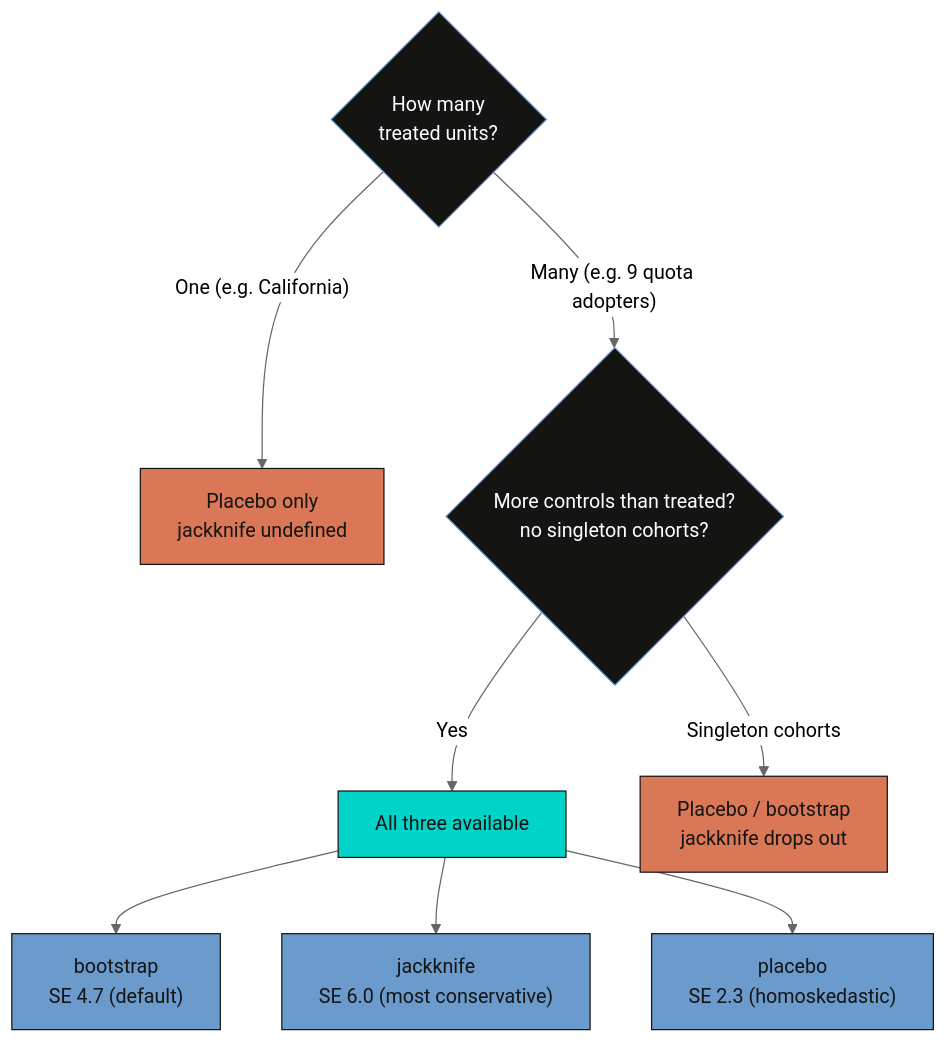
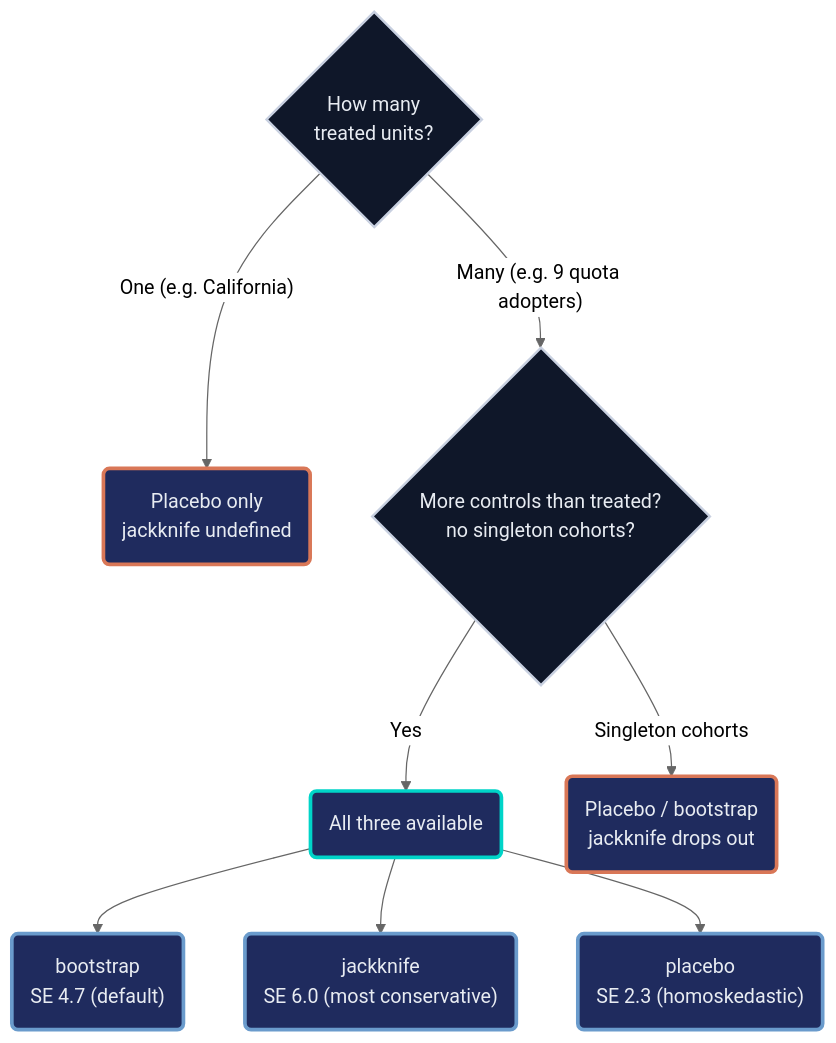
Before and after one commit to cmg777/starter-academic-v501: the third of 3 diagrams in content/post/stata_sdid_staggered/index.md, drawn with Mermaid (neutral theme). The commit also changed other lines of this file and 10 other files, not shown here.

First line of the commit message:
content(mermaid): restyle flowcharts in Stata posts (batch 2 of 2) and the EM publication (EN/ES/JA); add log

````diff
--- a/content/post/stata_sdid_staggered/index.md
+++ b/content/post/stata_sdid_staggered/index.md
@@ -507,21 +505,21 @@
 ```mermaid
 graph TD
     Q1{"How many<br/>treated units?"}
-    Q1 -->|"One (e.g. California)"| PL1["Placebo only<br/>jackknife undefined"]
+    Q1 -->|"One (e.g. California)"| PL1("Placebo only<br/>jackknife undefined")
     Q1 -->|"Many (e.g. 9 quota adopters)"| Q2{"More controls than treated?<br/>no singleton cohorts?"}
-    Q2 -->|"Yes"| ALL["All three available"]
-    Q2 -->|"Singleton cohorts"| PL2["Placebo / bootstrap<br/>jackknife drops out"]
-    ALL --> BOOT["bootstrap<br/>SE 4.7 (default)"]
-    ALL --> JACK["jackknife<br/>SE 6.0 (most conservative)"]
-    ALL --> PLAC["placebo<br/>SE 2.3 (homoskedastic)"]
-    classDef sty_Q1 fill:#141413,stroke:#6a9bcc,color:#fff
+    Q2 -->|"Yes"| ALL("All three available")
+    Q2 -->|"Singleton cohorts"| PL2("Placebo / bootstrap<br/>jackknife drops out")
+    ALL --> BOOT("bootstrap<br/>SE 4.7 (default)")
+    ALL --> JACK("jackknife<br/>SE 6.0 (most conservative)")
+    ALL --> PLAC("placebo<br/>SE 2.3 (homoskedastic)")
+    classDef sty_Q1 fill:#0f1729,stroke:#c8d0e0,stroke-width:2px,color:#e8ecf2
     class Q1 sty_Q1
-    classDef sty_Q2 fill:#141413,stroke:#6a9bcc,color:#fff
+    classDef sty_Q2 fill:#0f1729,stroke:#c8d0e0,stroke-width:2px,color:#e8ecf2
     class Q2 sty_Q2
-    style PL1 fill:#d97757,stroke:#141413,color:#141413
-    style PL2 fill:#d97757,stroke:#141413,color:#141413
-    style ALL fill:#00d4c8,stroke:#141413,color:#141413
-    style BOOT fill:#6a9bcc,stroke:#141413,color:#141413
-    style JACK fill:#6a9bcc,stroke:#141413,color:#141413
-    style PLAC fill:#6a9bcc,stroke:#141413,color:#141413
+    classDef orange fill:#1f2b5e,stroke:#d97757,stroke-width:3px,color:#e8ecf2
+    classDef teal fill:#1f2b5e,stroke:#00d4c8,stroke-width:3px,color:#e8ecf2
+    classDef blue fill:#1f2b5e,stroke:#6a9bcc,stroke-width:3px,color:#e8ecf2
+    class PL1,PL2 orange
+    class ALL teal
+    class BOOT,JACK,PLAC blue
 ```
````
